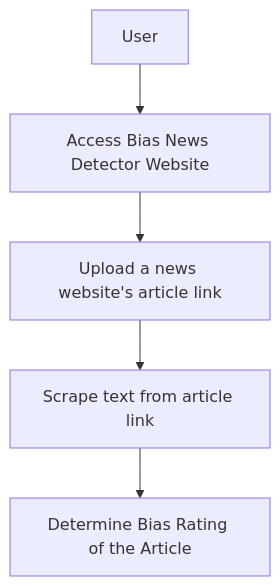
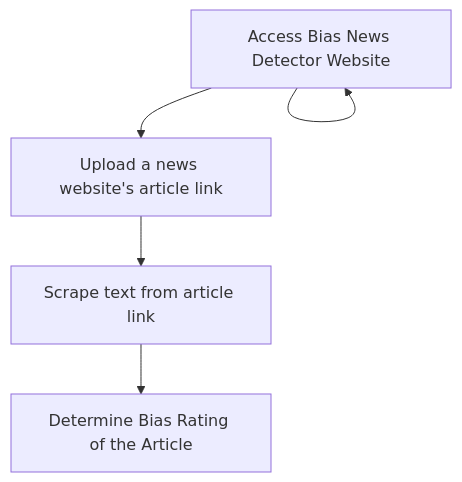
The second of 2 diagrams in homeworks/Assignment_4_D0.md (JordanDotPy/Senior_Capstone), drawn with Mermaid before and after one commit.

````diff
--- a/homeworks/Assignment_4_D0.md
+++ b/homeworks/Assignment_4_D0.md
@@ -12,8 +12,8 @@
 ```mermaid
 graph TD;
-    A[User] --> B
-    B[Access Bias News Detector Website] --> C
-    C[Upload a news website's article link] --> D
-    D[Scrape text from article link] --> E
-    E[Determine Bias Rating of the Article]
+    D[User] --> D
+    D[Access Bias News Detector Website] --> E
+    E[Upload a news website's article link] --> F
+    F[Scrape text from article link] --> G
+    G[Determine Bias Rating of the Article]
 ```
````
